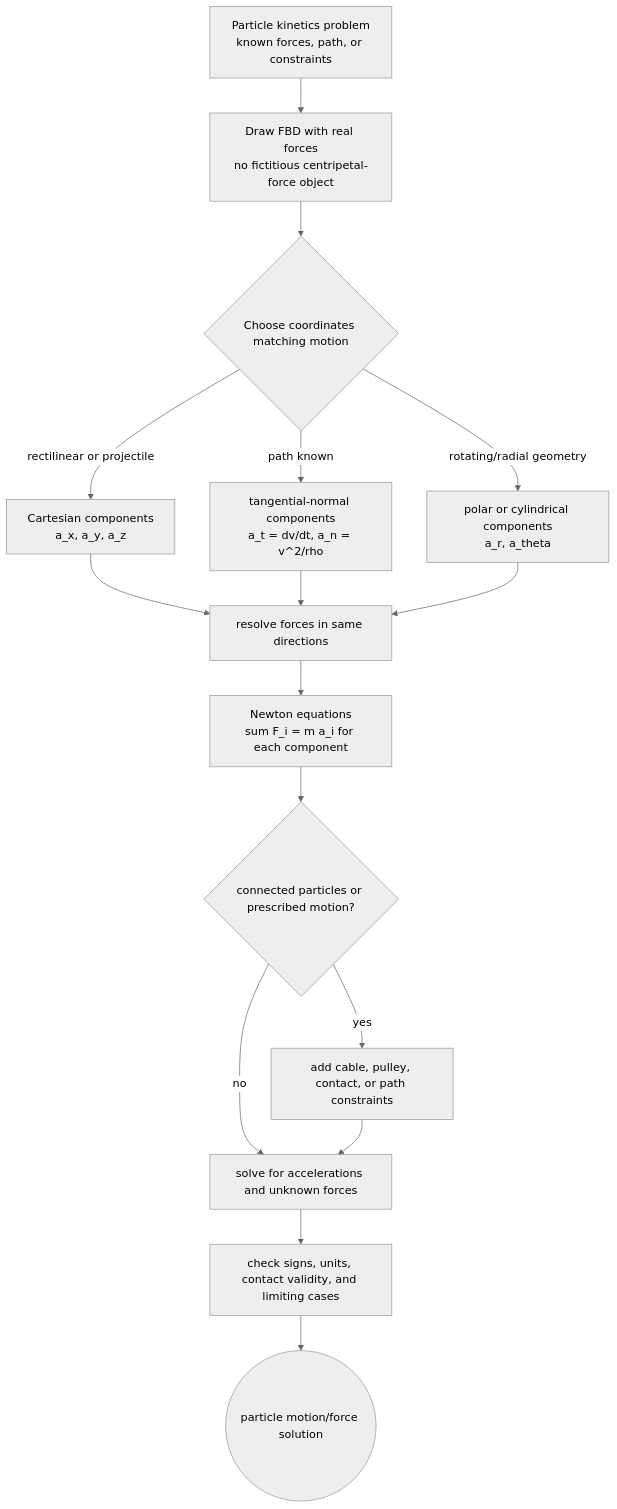
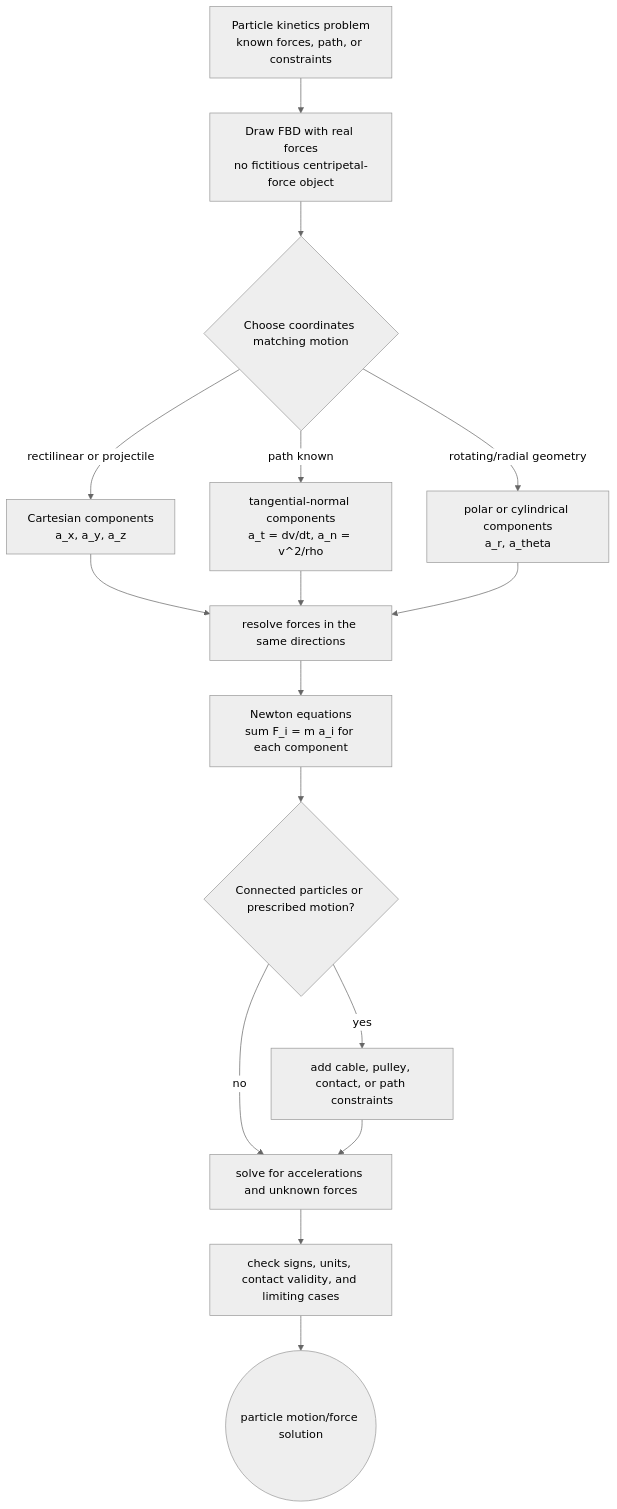
The diagram in docs/physics/mechanics/particle-kinetics-newton.md (justinbrianhwang/SJ-wiki), drawn with Mermaid (neutral theme) before and after one commit. The commit also changed other lines of this file and 955 other files, not shown here.

````diff
--- a/docs/physics/mechanics/particle-kinetics-newton.md
+++ b/docs/physics/mechanics/particle-kinetics-newton.md
@@ -114,18 +91,18 @@
 ```mermaid
 flowchart TD
   Problem["Particle kinetics problem<br/>known forces, path, or constraints"] --> FBD["Draw FBD with real forces<br/>no fictitious centripetal-force object"]
   FBD --> Coordinates{"Choose coordinates matching motion"}
   Coordinates -- "rectilinear or projectile" --> Cartesian["Cartesian components<br/>a_x, a_y, a_z"]
   Coordinates -- "path known" --> TangentNormal["tangential-normal components<br/>a_t = dv/dt, a_n = v^2/rho"]
   Coordinates -- "rotating/radial geometry" --> Polar["polar or cylindrical components<br/>a_r, a_theta"]
-  Cartesian --> Resolve["resolve forces in same directions"]
+  Cartesian --> Resolve["resolve forces in the same directions"]
   TangentNormal --> Resolve
   Polar --> Resolve
   Resolve --> Newton["Newton equations<br/>sum F_i = m a_i for each component"]
-  Newton --> Constraints{"connected particles or prescribed motion?"}
+  Newton --> Constraints{"Connected particles or prescribed motion?"}
   Constraints -- "yes" --> Kinematic["add cable, pulley, contact, or path constraints"]
-  Constraints -- "no" --> Solve
-  Kinematic --> Solve["solve for accelerations and unknown forces"]
+  Constraints -- "no" --> Solve["solve for accelerations and unknown forces"]
+  Kinematic --> Solve
   Solve --> Check["check signs, units, contact validity, and limiting cases"]
   Check --> Result(("particle motion/force solution"))
 ```
````
